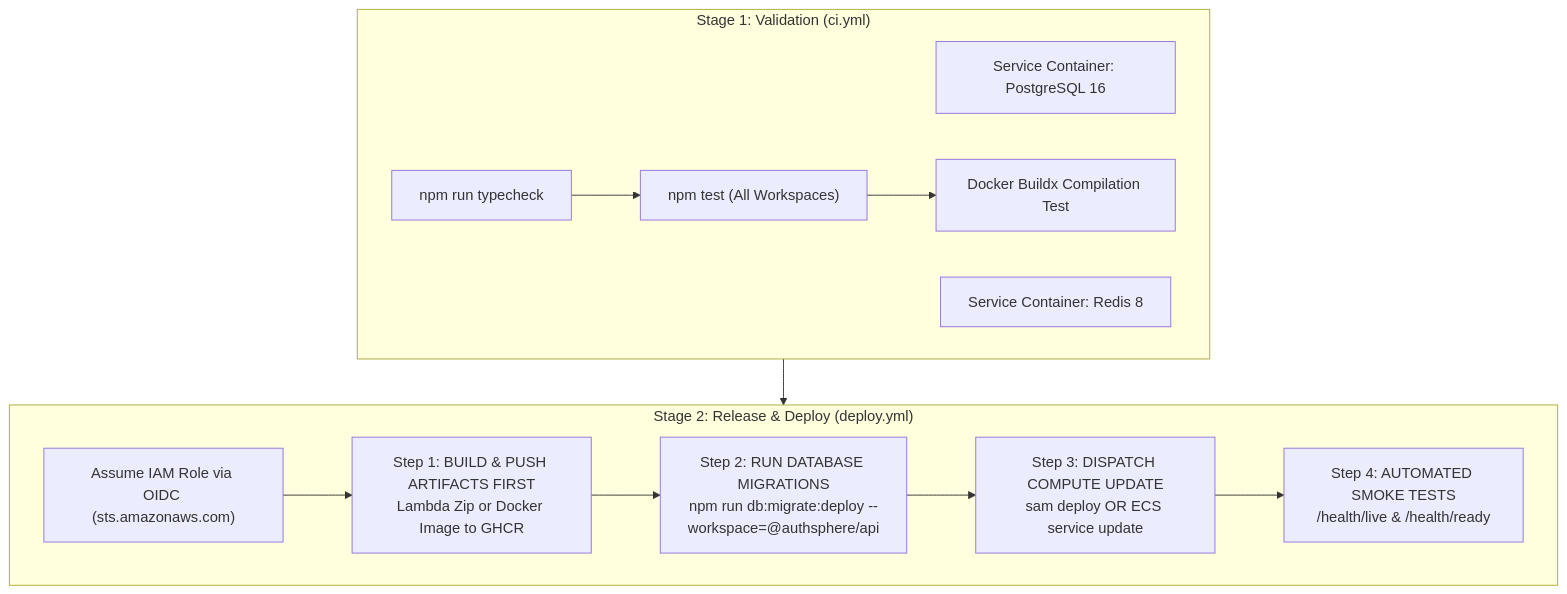
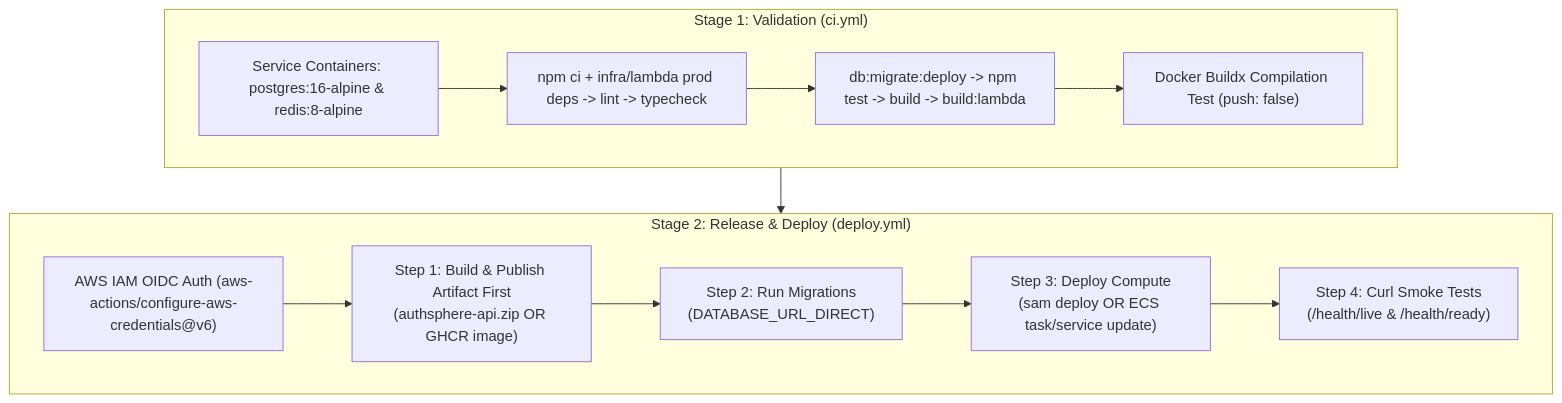
One commit to utkarshj014/authsphere changed the second of 2 diagrams in docs/DEPLOYMENT.md. Above: the diagram before and after it, drawn with Mermaid. The commit also changed other lines of this file and 5 other files, not shown here.

````diff
--- a/docs/DEPLOYMENT.md
+++ b/docs/DEPLOYMENT.md
@@ -263,24 +183,21 @@
 ```mermaid
 flowchart TD
     subgraph Stage1 ["Stage 1: Validation (ci.yml)"]
-        TestPostgres["Service Container: PostgreSQL 16"]
-        TestRedis["Service Container: Redis 8"]
-        Typecheck["npm run typecheck"]
-        TestRun["npm test (All Workspaces)"]
-        TestDocker["Docker Buildx Compilation Test"]
-
-        Typecheck --> TestRun --> TestDocker
+        Services["Service Containers: postgres:16-alpine & redis:8-alpine"]
+        Checks["npm ci + infra/lambda prod deps -> lint -> typecheck"]
+        TestStep["db:migrate:deploy -> npm test -> build -> build:lambda"]
+        DockerBuild["Docker Buildx Compilation Test (push: false)"]
+        Services --> Checks --> TestStep --> DockerBuild
     end
 
     subgraph Stage2 ["Stage 2: Release & Deploy (deploy.yml)"]
-        OIDCAuth["Assume IAM Role via OIDC (sts.amazonaws.com)"]
-        BuildArtifact["Step 1: BUILD & PUSH ARTIFACTS FIRST\nLambda Zip or Docker Image to GHCR"]
-        RunMigration["Step 2: RUN DATABASE MIGRATIONS\nnpm run db:migrate:deploy --workspace=@authsphere/api"]
-        DeployCompute["Step 3: DISPATCH COMPUTE UPDATE\nsam deploy OR ECS service update"]
-        SmokeTest["Step 4: AUTOMATED SMOKE TESTS\n/health/live & /health/ready"]
-
-        OIDCAuth --> BuildArtifact --> RunMigration --> DeployCompute --> SmokeTest
+        OIDC["AWS IAM OIDC Auth (aws-actions/configure-aws-credentials@v6)"]
+        Artifact["Step 1: Build & Publish Artifact First\n(authsphere-api.zip OR GHCR image)"]
+        Migrate["Step 2: Run Migrations\n(DATABASE_URL_DIRECT)"]
+        Deploy["Step 3: Deploy Compute\n(sam deploy OR ECS task/service update)"]
+        Smoke["Step 4: Curl Smoke Tests\n(/health/live & /health/ready)"]
+        OIDC --> Artifact --> Migrate --> Deploy --> Smoke
     end
 
     Stage1 --> Stage2
 ```
````
